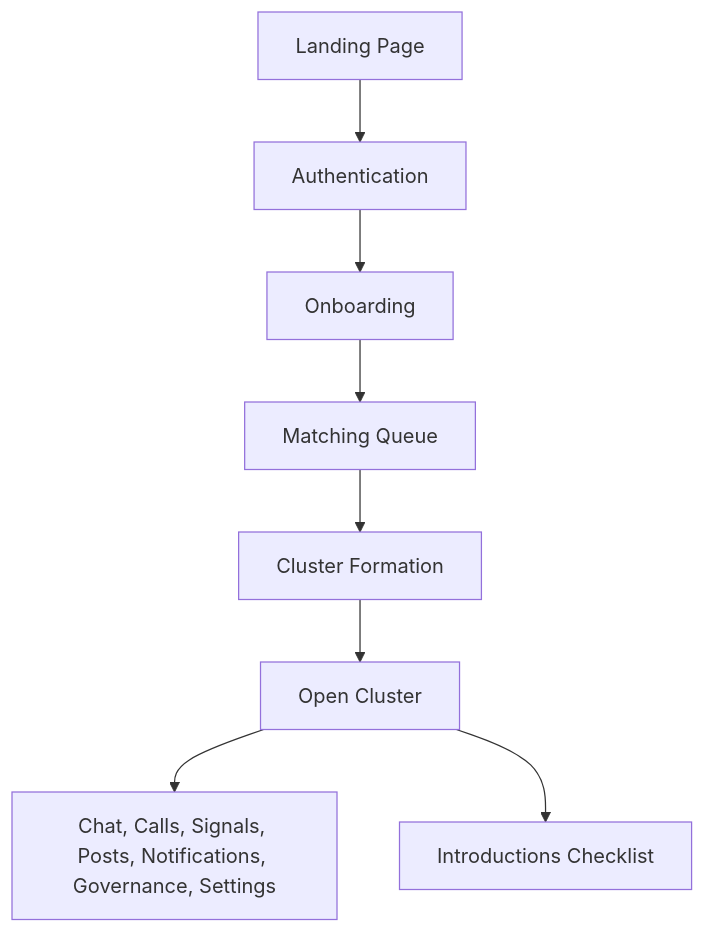
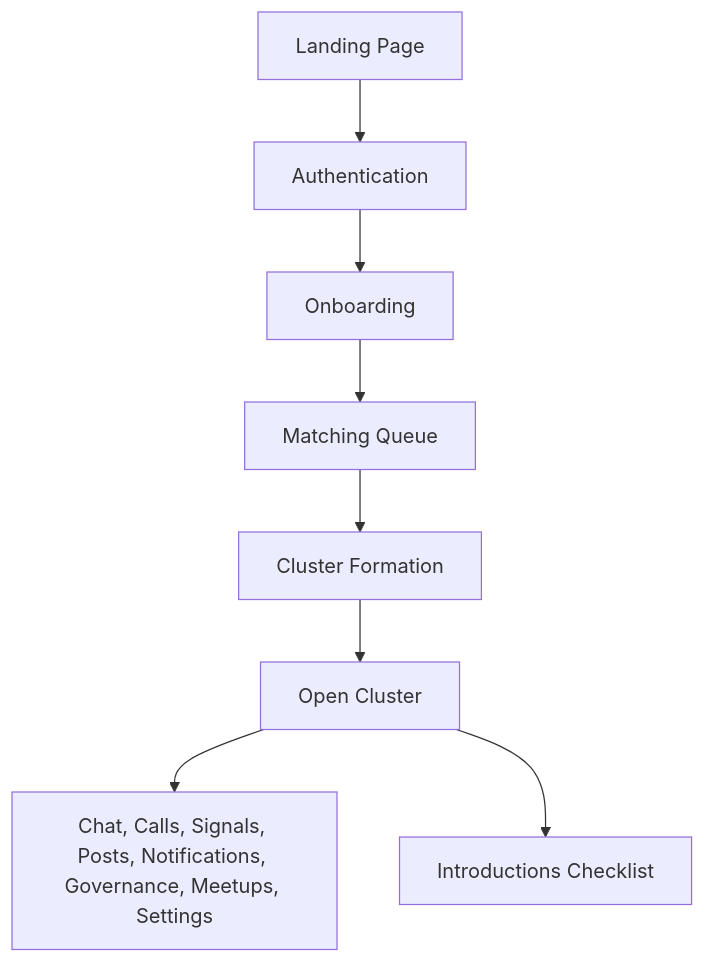
The second of 3 diagrams in docs/ARCHITECTURE.md (The-Sensorium/sensorium), drawn with Mermaid before and after one commit. The commit also changed other lines of this file and 8 other files, not shown here.

````diff
--- a/docs/ARCHITECTURE.md
+++ b/docs/ARCHITECTURE.md
@@ -64,10 +64,10 @@
 ```mermaid
 flowchart TD
     A[Landing Page] --> B[Authentication]
     B --> C[Onboarding]
     C --> D[Matching Queue]
     D --> E[Cluster Formation]
     E --> F[Open Cluster]
-    F --> G[Chat, Calls, Signals, Posts, Notifications, Governance, Settings]
+    F --> G[Chat, Calls, Signals, Posts, Notifications, Governance, Meetups, Settings]
     F --> H[Introductions Checklist]
 ```
````
